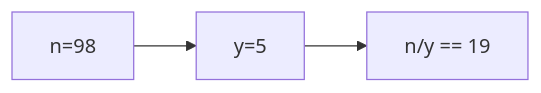
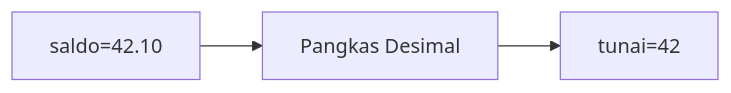
The first of 25 diagrams in part-c-pemahaman-cpp/01-tipe-data/latihan/set-03.md (amnahwaida/OSNK_INF_PREP), drawn with Mermaid before and after one commit. The commit also changed other lines of this file and 71 other files, not shown here.

````diff
--- a/part-c-pemahaman-cpp/01-tipe-data/latihan/set-03.md
+++ b/part-c-pemahaman-cpp/01-tipe-data/latihan/set-03.md
@@ -21,5 +21,5 @@
 ```mermaid
 graph LR
-A["n=98"] --> B["y=5"]
-B --> C["n/y == 19"]
+A["saldo=42.10"] --> B["Pangkas Desimal"]
+B --> C["tunai=42"]
 ```
````
